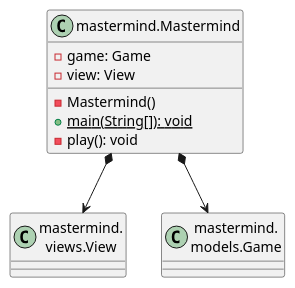
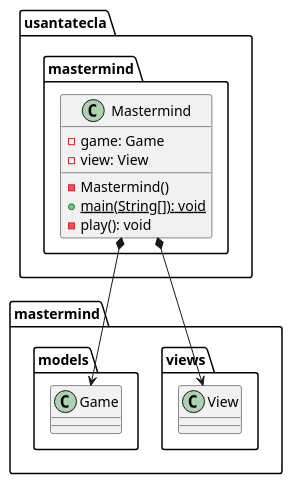
Before and after one commit to SantaTecla-mastermind/solution.java.swing.socket.sql: the first of 4 diagrams in documentView/console/docs/diagrams/src/paquetes.plantuml, drawn with PlantUML. The commit also changed other lines of this file and 2 other files, not shown here.

Commit message:
Finalizada versión documentView-console

```diff
--- a/documentView/console/docs/diagrams/src/paquetes.plantuml
+++ b/documentView/console/docs/diagrams/src/paquetes.plantuml
@@ -1,15 +1,13 @@
 @startuml mastermind
-class  Mastermind as "mastermind.Mastermind"{
+class usantatecla.mastermind.Mastermind{
 - game: Game
 - view: View
 - Mastermind()
 + {static} main(String[]): void
 - play(): void
 }
 
-class View as "mastermind.\nviews.View"{}
-class Game as "mastermind.\nmodels.Game"{}
-Mastermind *-down-> View
-Mastermind *-down-> Game
+usantatecla.mastermind.Mastermind *-down-> mastermind.views.View
+usantatecla.mastermind.Mastermind *-down-> mastermind.models.Game
 
 @enduml
```
